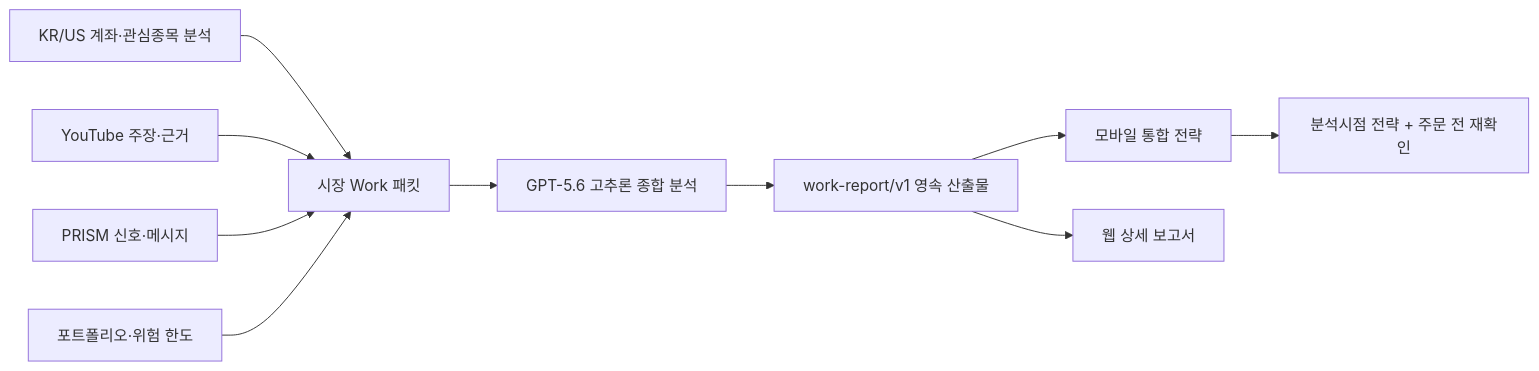
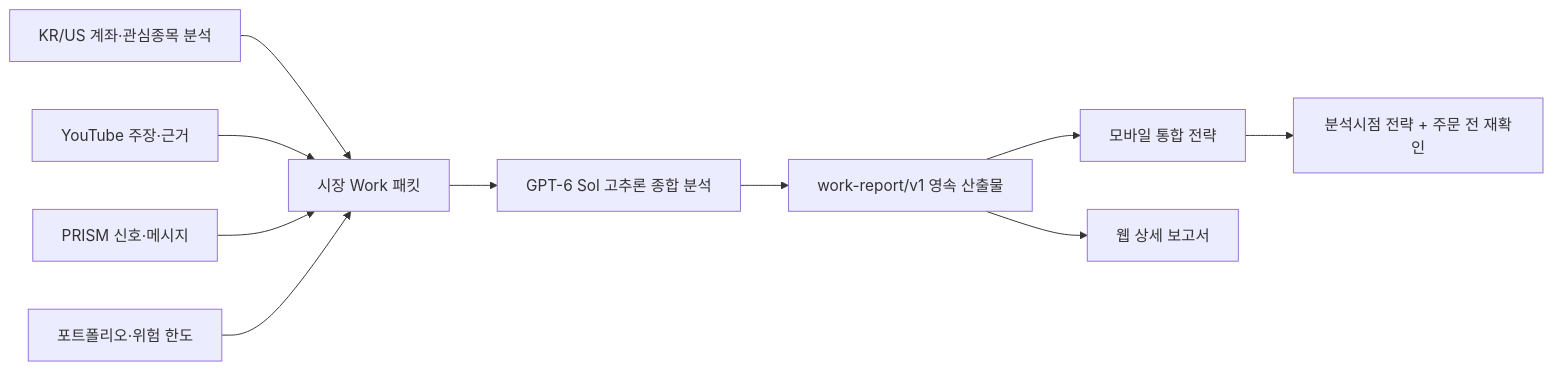
The diagram in Docs/integrated_investment_strategy_pipeline_ko.md (nornen0202/TradingAgents), drawn with Mermaid before and after one commit. The commit also changed other lines of this file and 24 other files, not shown here.

Commit message:
Use GPT-6 Sol across active analysis configurations (#288)

````diff
--- a/Docs/integrated_investment_strategy_pipeline_ko.md
+++ b/Docs/integrated_investment_strategy_pipeline_ko.md
@@ -29,12 +29,12 @@
 ```mermaid
 flowchart LR
     A["KR/US 계좌·관심종목 분석"] --> E["시장 Work 패킷"]
     B["YouTube 주장·근거"] --> E
     C["PRISM 신호·메시지"] --> E
     D["포트폴리오·위험 한도"] --> E
-    E --> F["GPT-5.6 고추론 종합 분석"]
+    E --> F["GPT-6 Sol 고추론 종합 분석"]
     F --> G["work-report/v1 영속 산출물"]
     G --> H["모바일 통합 전략"]
     G --> I["웹 상세 보고서"]
     H --> J["분석시점 전략 + 주문 전 재확인"]
 ```
````
